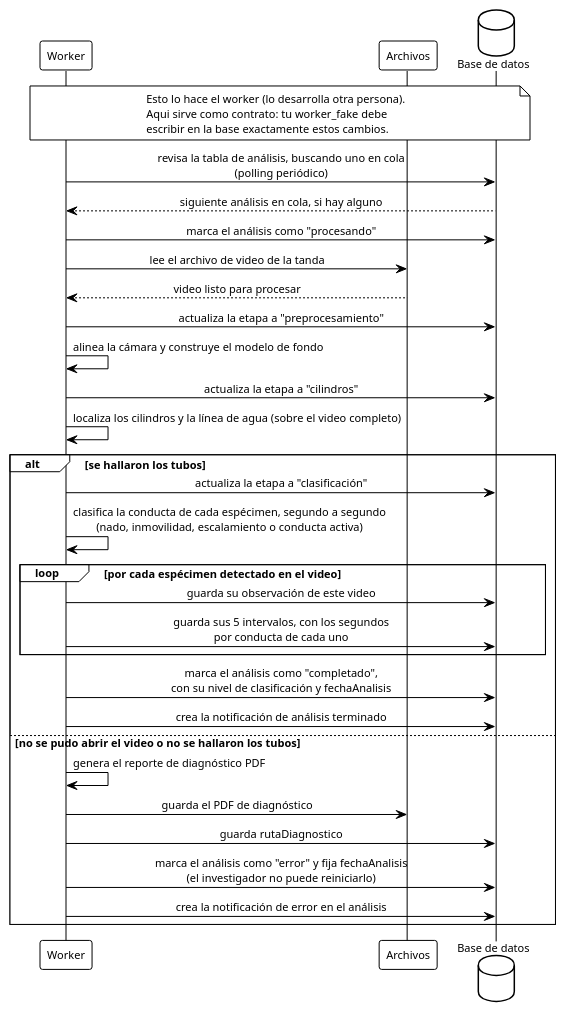
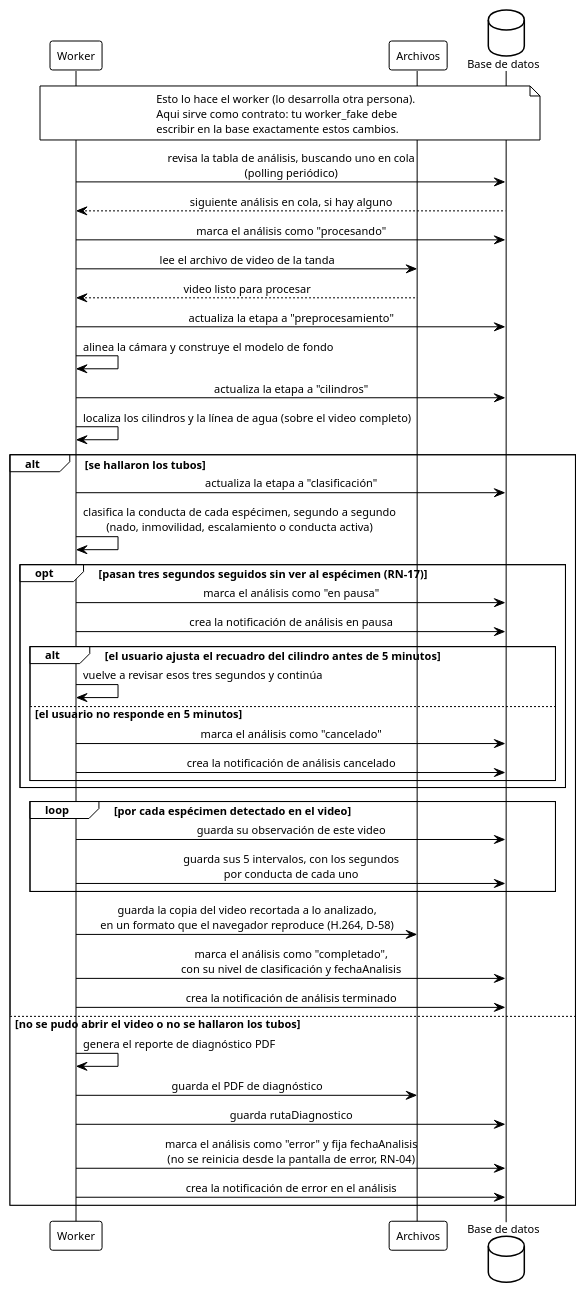
Before and after one commit to ErickJester/fst-ai-system-latex: diagram 31 of 38 in INSTRUCCIONES-WEB.md, drawn with PlantUML. The commit also changed other lines of this file and 30 other files, not shown here.

````diff
--- a/INSTRUCCIONES-WEB.md
+++ b/INSTRUCCIONES-WEB.md
@@ -2153,51 +2225,62 @@
 ```plantuml
 @startuml seq_analisis_automatico
 !theme plain
 skinparam defaultFontName Arial
 skinparam defaultFontSize 11
 skinparam shadowing false
 skinparam sequenceMessageAlign center
 skinparam BoxPadding 10
 participant Worker as w
 participant "Archivos" as fs
 database "Base de datos" as db
 
 note over w, db
   Esto lo hace el worker (lo desarrolla otra persona).
   Aqui sirve como contrato: tu worker_fake debe
   escribir en la base exactamente estos cambios.
 end note
 
 w -> db: revisa la tabla de análisis, buscando uno en cola\n(polling periódico)
 db --> w: siguiente análisis en cola, si hay alguno
 w -> db: marca el análisis como "procesando"
 
 w -> fs: lee el archivo de video de la tanda
 fs --> w: video listo para procesar
 
 w -> db: actualiza la etapa a "preprocesamiento"
 w -> w: alinea la cámara y construye el modelo de fondo
 
 w -> db: actualiza la etapa a "cilindros"
 w -> w: localiza los cilindros y la línea de agua (sobre el video completo)
 
 alt se hallaron los tubos
   w -> db: actualiza la etapa a "clasificación"
   w -> w: clasifica la conducta de cada espécimen, segundo a segundo\n(nado, inmovilidad, escalamiento o conducta activa)
+  opt pasan tres segundos seguidos sin ver al espécimen (RN-17)
+    w -> db: marca el análisis como "en pausa"
+    w -> db: crea la notificación de análisis en pausa
+    alt el usuario ajusta el recuadro del cilindro antes de 5 minutos
+      w -> w: vuelve a revisar esos tres segundos y continúa
+    else el usuario no responde en 5 minutos
+      w -> db: marca el análisis como "cancelado"
+      w -> db: crea la notificación de análisis cancelado
+    end
+  end
 
   loop por cada espécimen detectado en el video
     w -> db: guarda su observación de este video
     w -> db: guarda sus 5 intervalos, con los segundos\npor conducta de cada uno
   end
 
+  w -> fs: guarda la copia del video recortada a lo analizado,\nen un formato que el navegador reproduce (H.264, D-58)
   w -> db: marca el análisis como "completado",\ncon su nivel de clasificación y fechaAnalisis
   w -> db: crea la notificación de análisis terminado
 else no se pudo abrir el video o no se hallaron los tubos
   w -> w: genera el reporte de diagnóstico PDF
   w -> fs: guarda el PDF de diagnóstico
   w -> db: guarda rutaDiagnostico
-  w -> db: marca el análisis como "error" y fija fechaAnalisis\n(el investigador no puede reiniciarlo)
+  w -> db: marca el análisis como "error" y fija fechaAnalisis\n(no se reinicia desde la pantalla de error, RN-04)
   w -> db: crea la notificación de error en el análisis
 end
 @enduml
 ```
````
